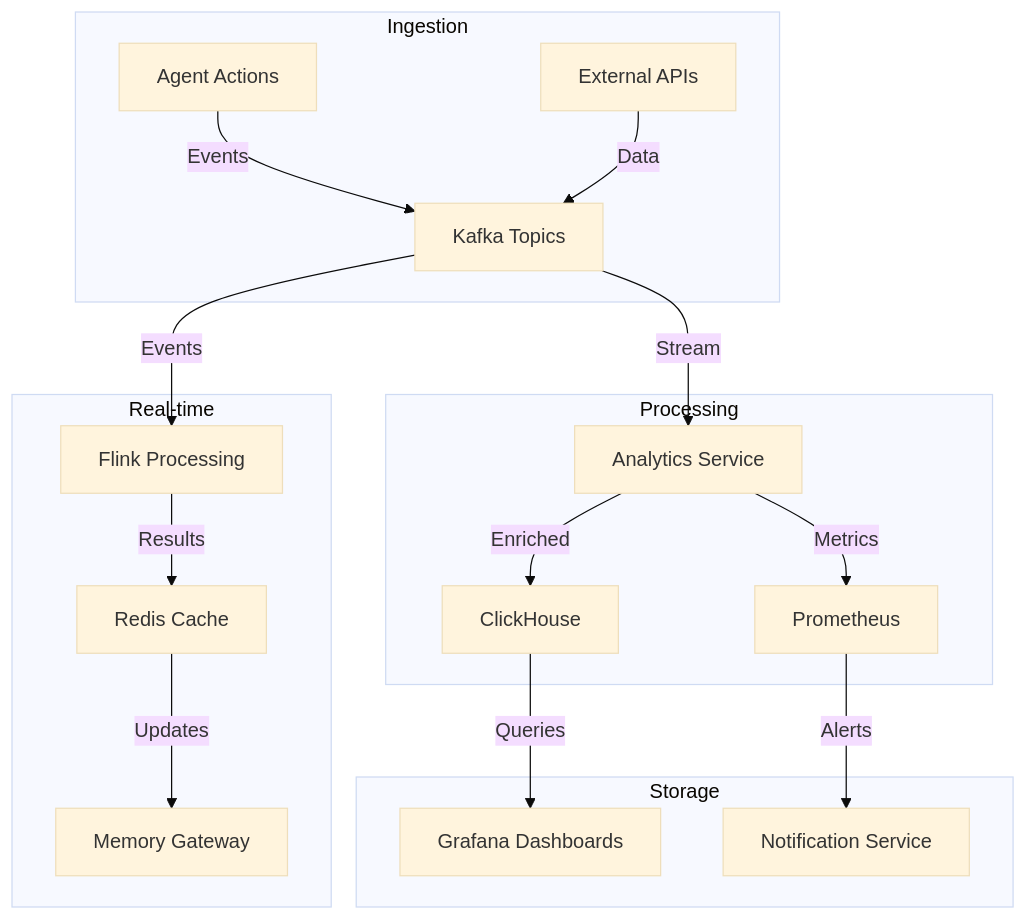
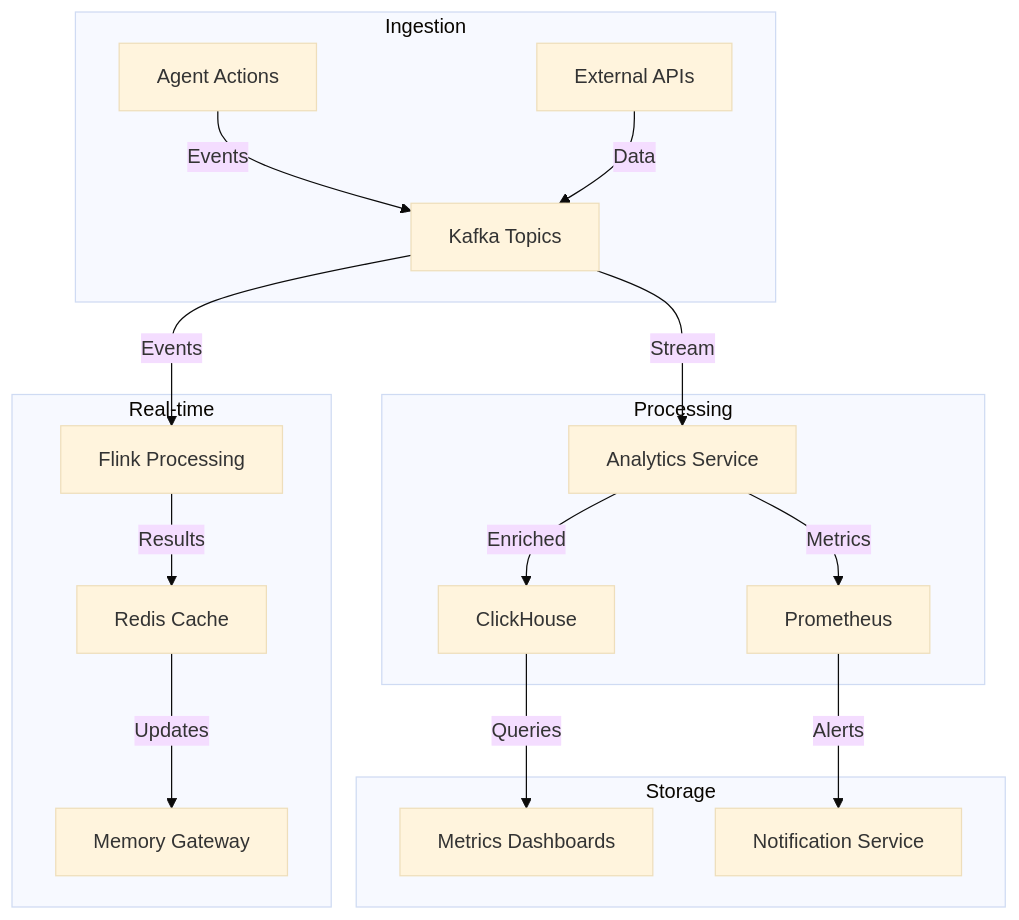
Before and after one commit to somatechlat/SomaAgentHub: the diagram in docs/user-manual/features/feature-data-pipeline.md, drawn with Mermaid (base theme). The commit also changed other lines of this file and 20 other files, not shown here.

````diff
--- a/docs/user-manual/features/feature-data-pipeline.md
+++ b/docs/user-manual/features/feature-data-pipeline.md
@@ -11,24 +11,24 @@
 ```mermaid
 flowchart TD
     subgraph Ingestion
         A[Agent Actions] -->|Events| B[Kafka Topics]
         C[External APIs] -->|Data| B
     end
     
     subgraph Processing
         B -->|Stream| D[Analytics Service]
         D -->|Enriched| E[ClickHouse]
         D -->|Metrics| F[Prometheus]
     end
     
     subgraph Storage
-        E -->|Queries| G[Grafana Dashboards]
+        E -->|Queries| G[Metrics Dashboards]
         F -->|Alerts| H[Notification Service]
     end
     
     subgraph Real-time
         B -->|Events| I[Flink Processing]
         I -->|Results| J[Redis Cache]
         J -->|Updates| K[Memory Gateway]
     end
 ```
````
